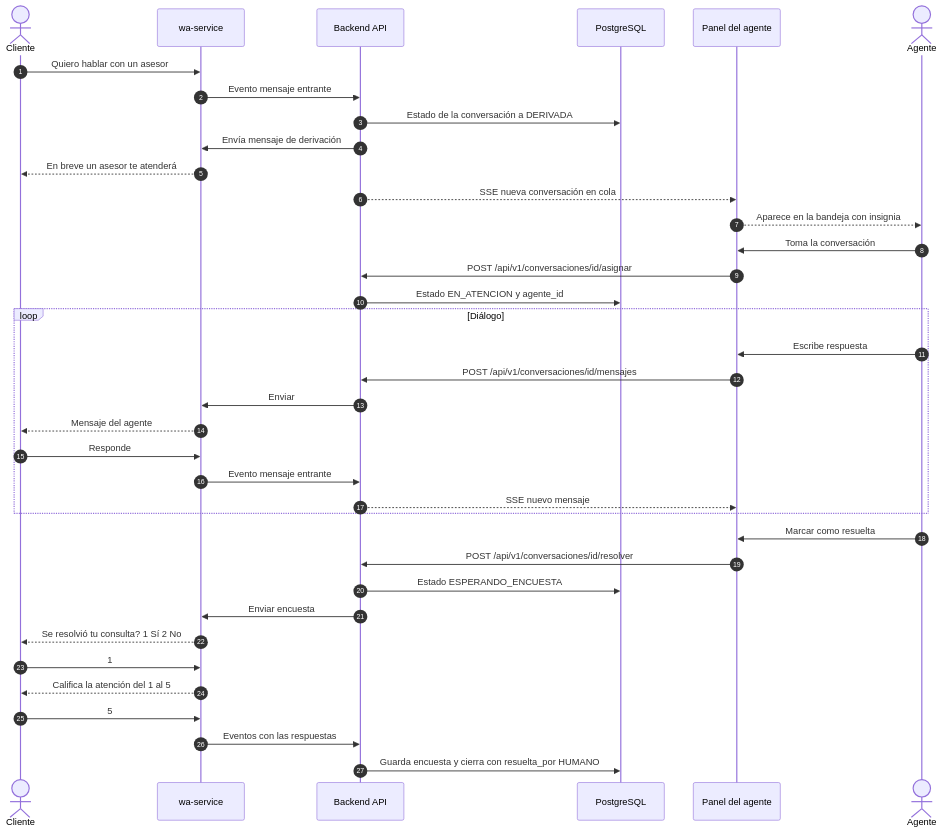
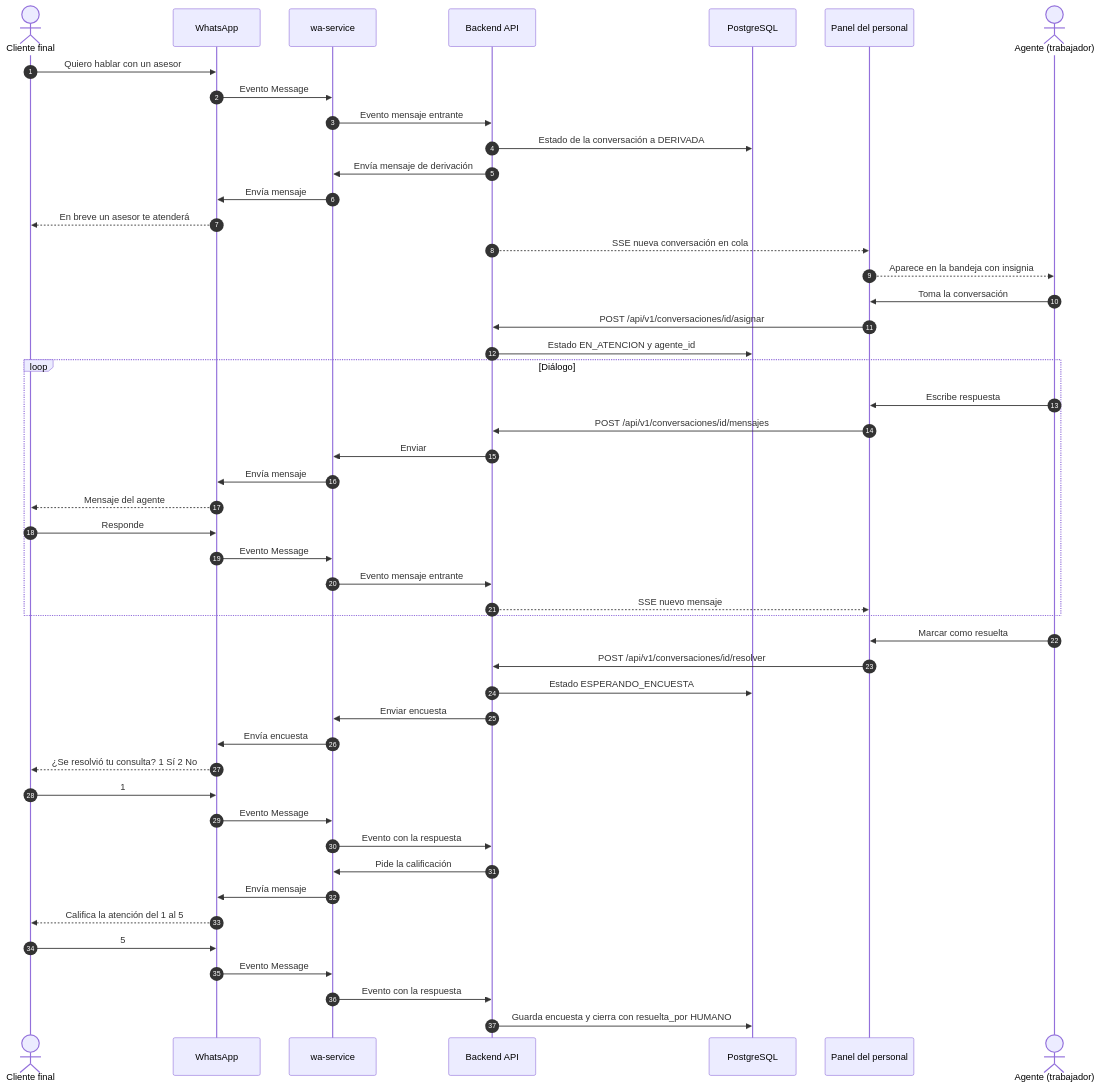
One commit to GerardoGM14/app-tesis-chatbot changed the diagram in docs/02-uml/secuencias/04-derivacion-humano.md. Above: the diagram before and after it, drawn with Mermaid. The commit also changed other lines of this file and 28 other files, not shown here.

Commit message:
docs: casos de uso, secuencias y modelo de datos con personal con cuenta

````diff
--- a/docs/02-uml/secuencias/04-derivacion-humano.md
+++ b/docs/02-uml/secuencias/04-derivacion-humano.md
@@ -3,40 +5,51 @@
 ```mermaid
 sequenceDiagram
   autonumber
-  actor C as Cliente
+  actor C as Cliente final
+  participant WA as WhatsApp
   participant G as wa-service
   participant A as Backend API
   participant D as PostgreSQL
-  participant P as Panel del agente
-  actor AG as Agente
+  participant P as Panel del personal
+  actor AG as Agente (trabajador)
 
-  C->>G: Quiero hablar con un asesor
+  C->>WA: Quiero hablar con un asesor
+  WA->>G: Evento Message
   G->>A: Evento mensaje entrante
   A->>D: Estado de la conversación a DERIVADA
   A->>G: Envía mensaje de derivación
-  G-->>C: En breve un asesor te atenderá
+  G->>WA: Envía mensaje
+  WA-->>C: En breve un asesor te atenderá
   A-->>P: SSE nueva conversación en cola
   P-->>AG: Aparece en la bandeja con insignia
   AG->>P: Toma la conversación
   P->>A: POST /api/v1/conversaciones/id/asignar
   A->>D: Estado EN_ATENCION y agente_id
   loop Diálogo
     AG->>P: Escribe respuesta
     P->>A: POST /api/v1/conversaciones/id/mensajes
     A->>G: Enviar
-    G-->>C: Mensaje del agente
-    C->>G: Responde
+    G->>WA: Envía mensaje
+    WA-->>C: Mensaje del agente
+    C->>WA: Responde
+    WA->>G: Evento Message
     G->>A: Evento mensaje entrante
     A-->>P: SSE nuevo mensaje
   end
   AG->>P: Marcar como resuelta
   P->>A: POST /api/v1/conversaciones/id/resolver
   A->>D: Estado ESPERANDO_ENCUESTA
   A->>G: Enviar encuesta
-  G-->>C: Se resolvió tu consulta? 1 Sí 2 No
-  C->>G: 1
-  G-->>C: Califica la atención del 1 al 5
-  C->>G: 5
-  G->>A: Eventos con las respuestas
+  G->>WA: Envía encuesta
+  WA-->>C: ¿Se resolvió tu consulta? 1 Sí 2 No
+  C->>WA: 1
+  WA->>G: Evento Message
+  G->>A: Evento con la respuesta
+  A->>G: Pide la calificación
+  G->>WA: Envía mensaje
+  WA-->>C: Califica la atención del 1 al 5
+  C->>WA: 5
+  WA->>G: Evento Message
+  G->>A: Evento con la respuesta
   A->>D: Guarda encuesta y cierra con resuelta_por HUMANO
 ```
````
